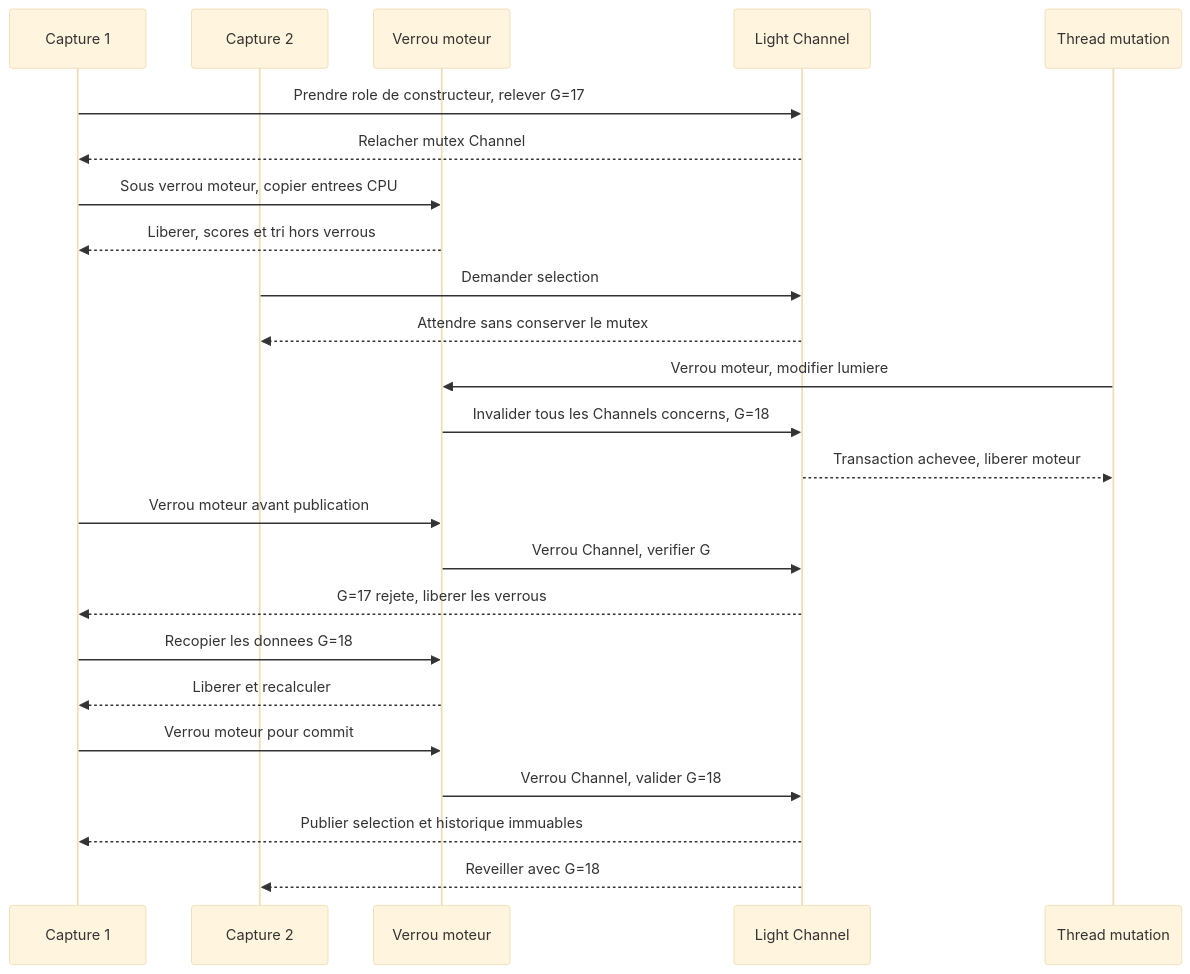
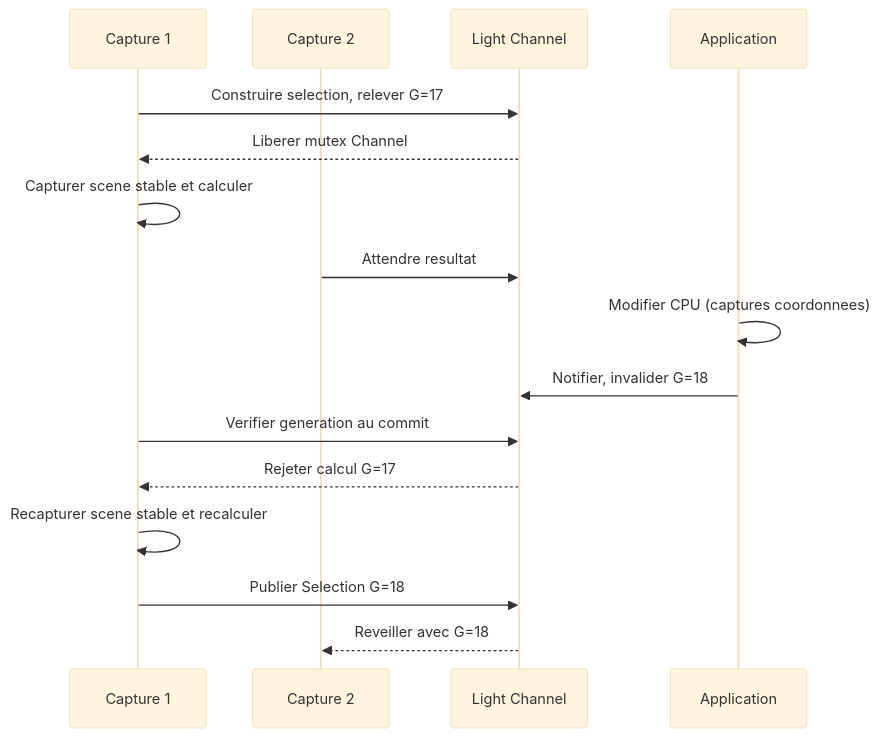
Diagram 15 of 20 in docs/voxel-engine-v0.1.4/08-lumieres-et-ombres.md (EreliaStudio/Sparkle), drawn with Mermaid (base theme) before and after one commit. The commit also changed other lines of this file and 15 other files, not shown here.

Commit message:
docs(v0.1.4): reconcile roadmap and light contract after PR18

````diff
--- a/docs/voxel-engine-v0.1.4/08-lumieres-et-ombres.md
+++ b/docs/voxel-engine-v0.1.4/08-lumieres-et-ombres.md
@@ -524,26 +525,18 @@
 ```mermaid
 sequenceDiagram
   participant C1 as Capture 1
   participant C2 as Capture 2
-  participant M as Verrou moteur
   participant CH as Light Channel
-  participant L as Thread mutation
-  C1->>CH: Prendre role de constructeur, relever G=17
-  CH-->>C1: Relacher mutex Channel
-  C1->>M: Sous verrou moteur, copier entrees CPU
-  M-->>C1: Liberer, scores et tri hors verrous
-  C2->>CH: Demander selection
-  CH-->>C2: Attendre sans conserver le mutex
-  L->>M: Verrou moteur, modifier lumiere
-  M->>CH: Invalider tous les Channels concerns, G=18
-  CH-->>L: Transaction achevee, liberer moteur
-  C1->>M: Verrou moteur avant publication
-  M->>CH: Verrou Channel, verifier G
-  CH-->>C1: G=17 rejete, liberer les verrous
-  C1->>M: Recopier les donnees G=18
-  M-->>C1: Liberer et recalculer
-  C1->>M: Verrou moteur pour commit
-  M->>CH: Verrou Channel, valider G=18
-  CH-->>C1: Publier selection et historique immuables
+  participant U as Application
+  C1->>CH: Construire selection, relever G=17
+  CH-->>C1: Liberer mutex Channel
+  C1->>C1: Capturer scene stable et calculer
+  C2->>CH: Attendre resultat
+  U->>U: Modifier CPU (captures coordonnees)
+  U->>CH: Notifier, invalider G=18
+  C1->>CH: Verifier generation au commit
+  CH-->>C1: Rejeter calcul G=17
+  C1->>C1: Recapturer scene stable et recalculer
+  C1->>CH: Publier Selection G=18
   CH-->>C2: Reveiller avec G=18
 ```
````
